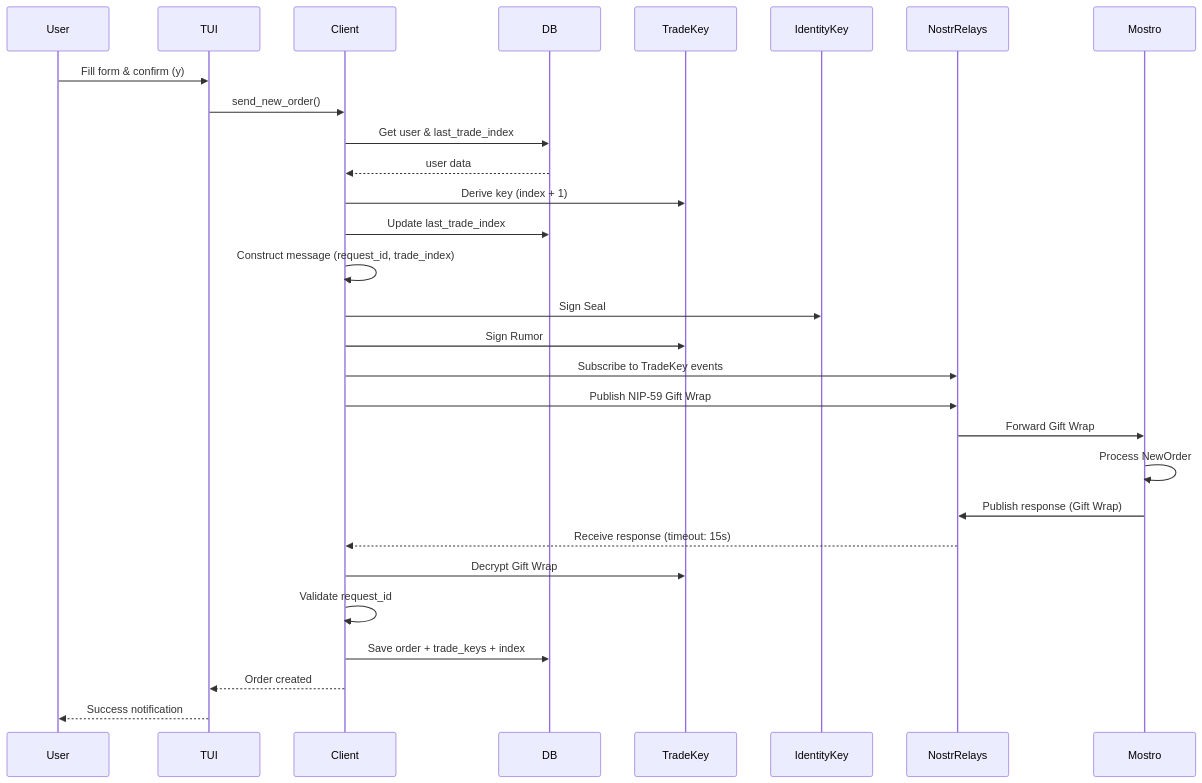
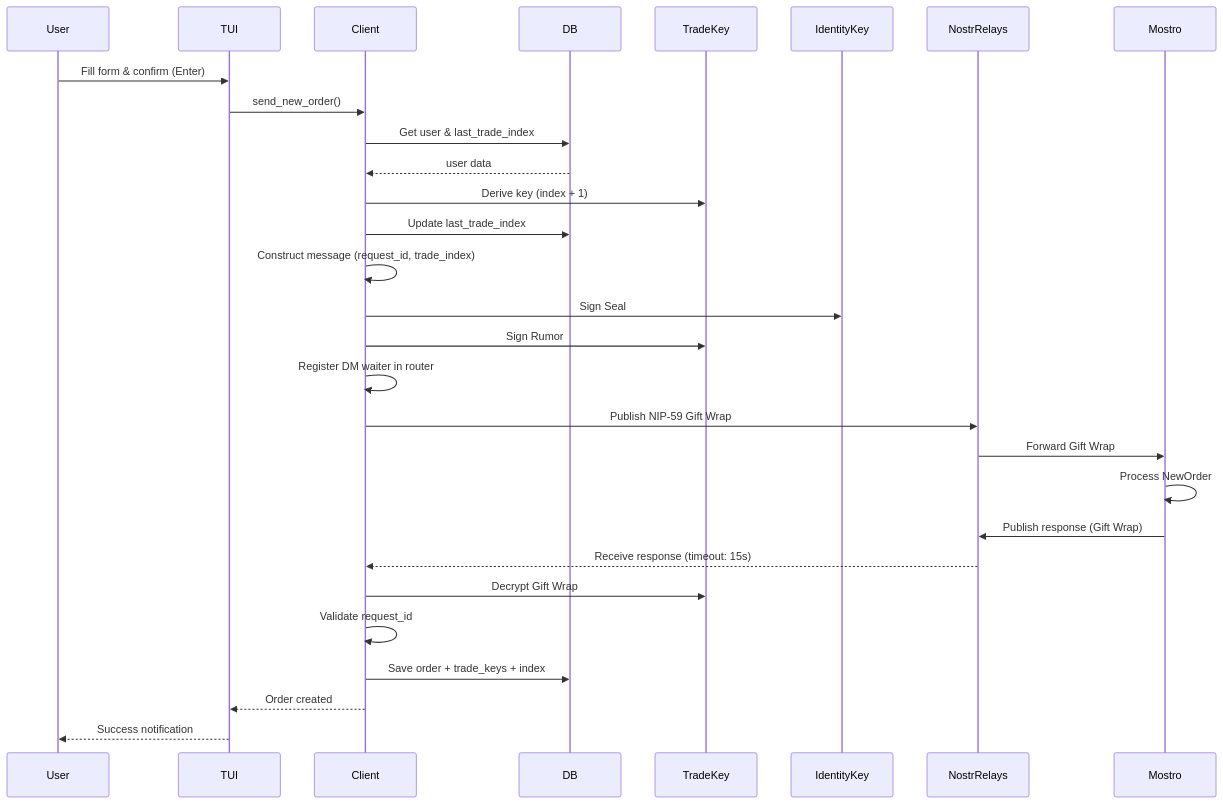
The first of 5 diagrams in docs/MESSAGE_FLOW_AND_PROTOCOL.md (MostroP2P/mostrix), drawn with Mermaid before and after one commit. The commit also changed other lines of this file and 4 other files, not shown here.

````diff
--- a/docs/MESSAGE_FLOW_AND_PROTOCOL.md
+++ b/docs/MESSAGE_FLOW_AND_PROTOCOL.md
@@ -16,32 +16,32 @@
 ```mermaid
 sequenceDiagram
     participant User
     participant TUI
     participant Client
     participant DB
     participant TradeKey
     participant IdentityKey
     participant NostrRelays
     participant Mostro
 
-    User->>TUI: Fill form & confirm (y)
+    User->>TUI: Fill form & confirm (Enter)
     TUI->>Client: send_new_order()
     Client->>DB: Get user & last_trade_index
     DB-->>Client: user data
     Client->>TradeKey: Derive key (index + 1)
     Client->>DB: Update last_trade_index
     Client->>Client: Construct message (request_id, trade_index)
     Client->>IdentityKey: Sign Seal
     Client->>TradeKey: Sign Rumor
-    Client->>NostrRelays: Subscribe to TradeKey events
+    Client->>Client: Register DM waiter in router
     Client->>NostrRelays: Publish NIP-59 Gift Wrap
     NostrRelays->>Mostro: Forward Gift Wrap
     Mostro->>Mostro: Process NewOrder
     Mostro->>NostrRelays: Publish response (Gift Wrap)
     NostrRelays-->>Client: Receive response (timeout: 15s)
     Client->>TradeKey: Decrypt Gift Wrap
     Client->>Client: Validate request_id
     Client->>DB: Save order + trade_keys + index
     Client-->>TUI: Order created
     TUI-->>User: Success notification
 ```
````
